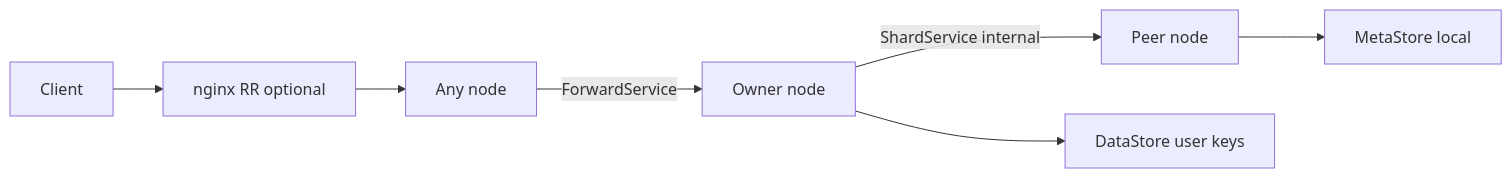
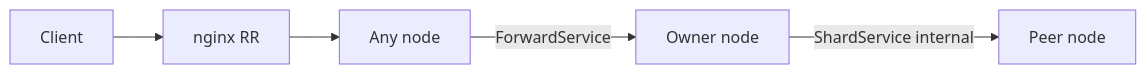
The third of 4 diagrams in DESIGN.md (antgobar/kvstore), drawn with Mermaid before and after one commit. The commit also changed other lines of this file and 1 other file, not shown here.

Commit message:
Refactor design documentation to streamline plugin architecture descriptions, enhance clarity on interface-driven components, and improve the organization of deployment modes. Remove USE_CASES.md as it is no longer needed, consolidating relevant information into DESIGN.md.

````diff
--- a/DESIGN.md
+++ b/DESIGN.md
@@ -939,9 +503,7 @@
 ```mermaid
 flowchart LR
-  Client[Client] --> LB[nginx RR optional]
+  Client[Client] --> LB[nginx RR]
   LB --> NodeAny[Any node]
-  NodeAny -->|"ForwardService"| Owner[Owner node]
+  NodeAny -->|ForwardService| Owner[Owner node]
   Owner -->|"ShardService internal"| Peer[Peer node]
-  Peer --> MetaStore[MetaStore local]
-  Owner --> DataStore[DataStore user keys]
 ```
````
